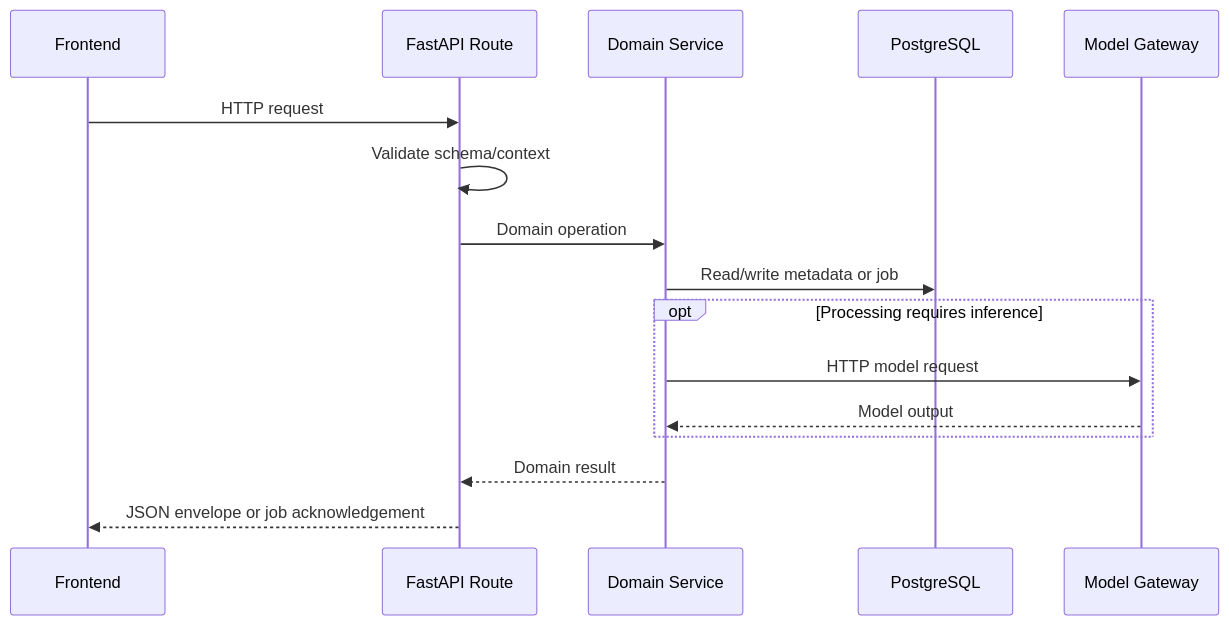
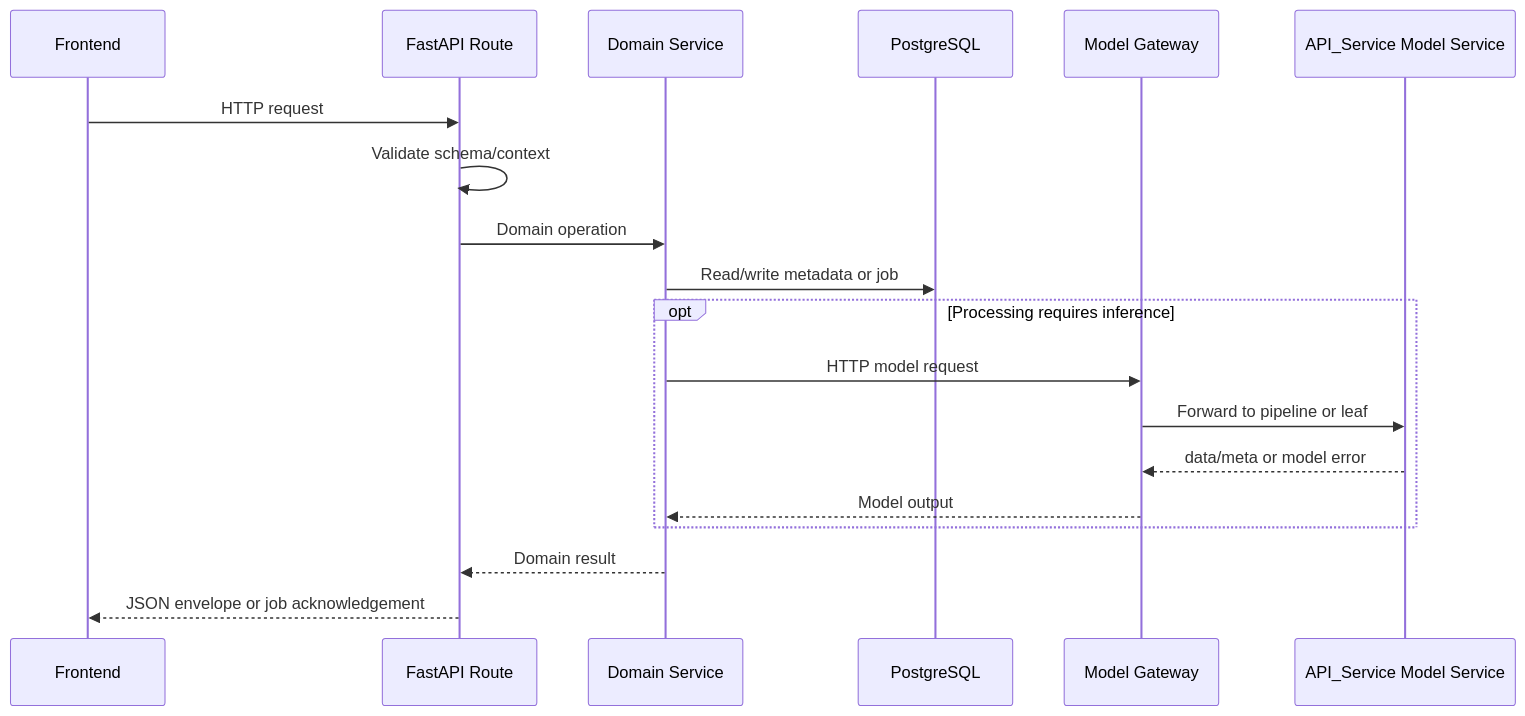
One commit to MintChananchida13/COOP_Project4_V2 changed the diagram in docs/developer_handover/05_BACKEND_API.md. Above: the diagram before and after it, drawn with Mermaid. The commit also changed other lines of this file and 9 other files, not shown here.

````diff
--- a/docs/developer_handover/05_BACKEND_API.md
+++ b/docs/developer_handover/05_BACKEND_API.md
@@ -7,18 +7,21 @@
 ```mermaid
 sequenceDiagram
     participant F as Frontend
     participant R as FastAPI Route
     participant S as Domain Service
     participant D as PostgreSQL
     participant G as Model Gateway
+    participant M as API_Service Model Service
     F->>R: HTTP request
     R->>R: Validate schema/context
     R->>S: Domain operation
     S->>D: Read/write metadata or job
     opt Processing requires inference
         S->>G: HTTP model request
+        G->>M: Forward to pipeline or leaf
+        M-->>G: data/meta or model error
         G-->>S: Model output
     end
     S-->>R: Domain result
     R-->>F: JSON envelope or job acknowledgement
 ```
````
